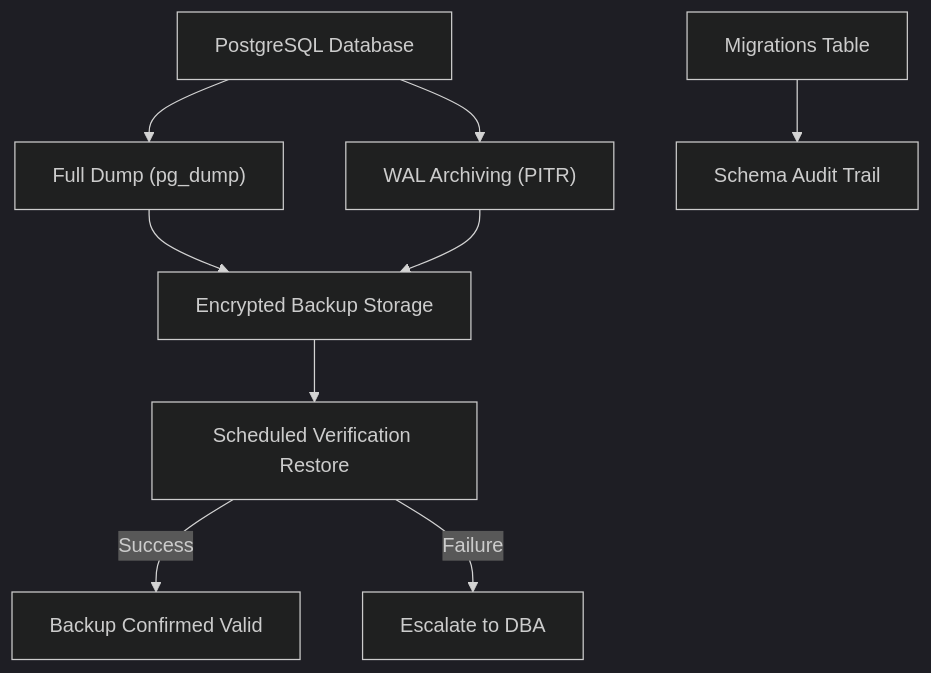
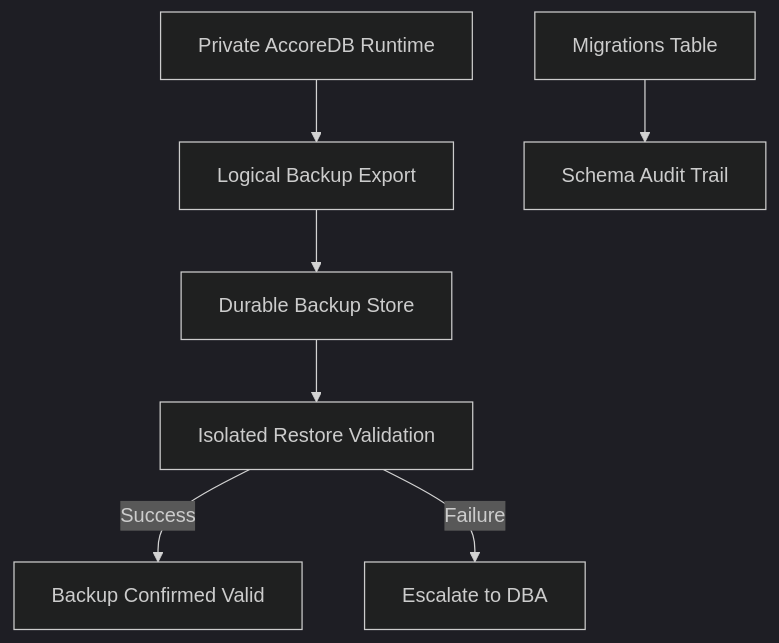
Before and after one commit to Emran025/accore-erp: the diagram in docs/Operations/Database_Backup_And_Recovery_Policies.md, drawn with Mermaid (dark theme). The commit also changed other lines of this file and 6 other files, not shown here.

````diff
--- a/docs/Operations/Database_Backup_And_Recovery_Policies.md
+++ b/docs/Operations/Database_Backup_And_Recovery_Policies.md
@@ -40,11 +40,9 @@
 ```mermaid
 flowchart TD
-  PG["PostgreSQL Database"] --> WAL["WAL Archiving (PITR)"]
-  PG --> FD["Full Dump (pg_dump)"]
-  FD --> S3["Encrypted Backup Storage"]
-  WAL --> S3
-  S3 --> V["Scheduled Verification Restore"]
+  DB["Private AccoreDB Runtime"] --> FD["Logical Backup Export"]
+  FD --> S["Durable Backup Store"]
+  S --> V["Isolated Restore Validation"]
   V -->|"Success"| OK["Backup Confirmed Valid"]
   V -->|"Failure"| ALT["Escalate to DBA"]
   MIG["Migrations Table"] --> AT["Schema Audit Trail"]
 ```
````
